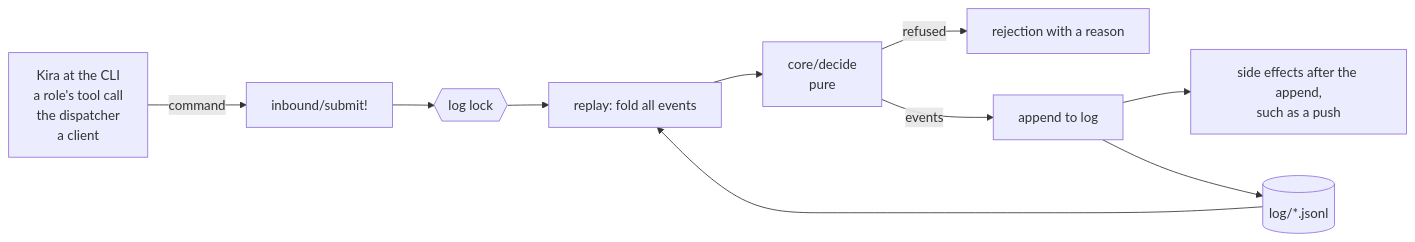
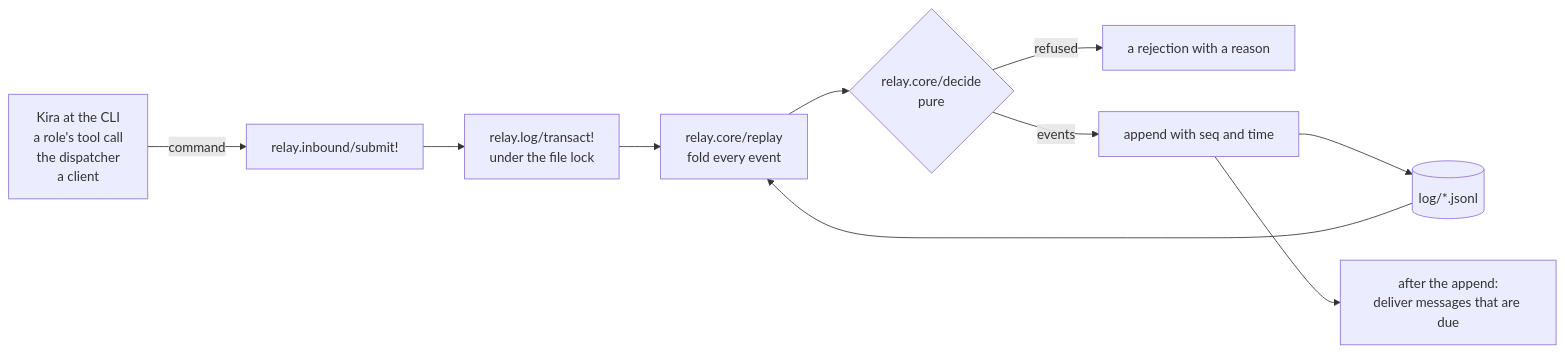
Before and after one commit to kirahowe/relay: the fourth of 11 diagrams in docs/architecture.md, drawn with Mermaid. The commit also changed other lines of this file, not shown here.

First line of the commit message:
Rewrite the architecture page from the code on main

````diff
--- a/docs/architecture.md
+++ b/docs/architecture.md
@@ -127,12 +205,12 @@
 ```mermaid
 flowchart LR
-    who["Kira at the CLI<br/>a role's tool call<br/>the dispatcher<br/>a client"] -->|"command"| submit["inbound/submit!"]
-    submit --> lock{{"log lock"}}
-    lock --> replay["replay: fold all events"]
-    replay --> decide["core/decide<br/>pure"]
-    decide -->|"refused"| reject["rejection with a reason"]
-    decide -->|"events"| append["append to log"]
-    append --> push["side effects after the append,<br/>such as a push"]
-    log[("log/*.jsonl")] --> replay
-    append --> log
+    who["Kira at the CLI<br/>a role's tool call<br/>the dispatcher<br/>a client"] -->|"command"| submit["relay.inbound/submit!"]
+    submit --> tx["relay.log/transact!<br/>under the file lock"]
+    tx --> replay["relay.core/replay<br/>fold every event"]
+    replay --> decide{"relay.core/decide<br/>pure"}
+    decide -->|"refused"| why["a rejection with a reason"]
+    decide -->|"events"| append["append with seq and time"]
+    append --> logfiles[("log/*.jsonl")]
+    logfiles --> replay
+    append --> after["after the append:<br/>deliver messages that are due"]
 ```
````
